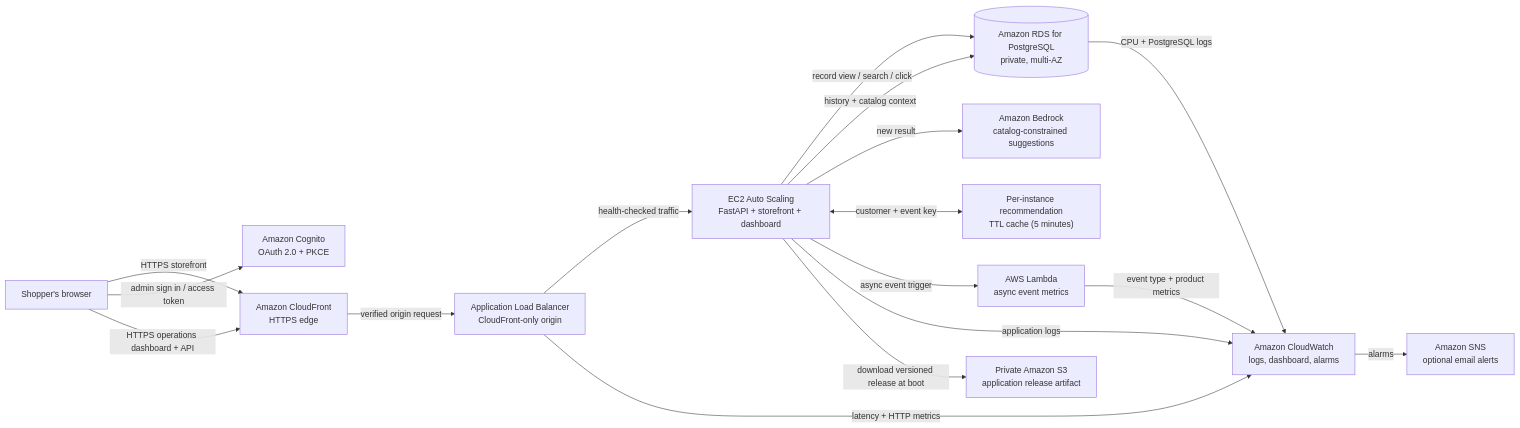
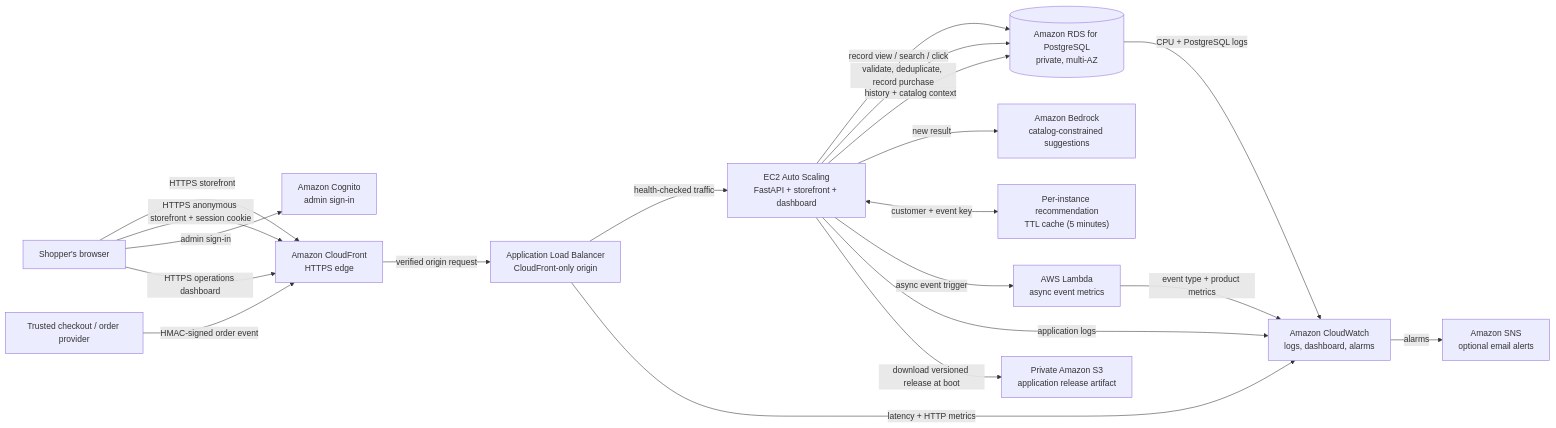
Before and after one commit to Ayush-Singh986/The-Comparision-King: the diagram in README.md, drawn with Mermaid. The commit also changed other lines of this file and 13 other files, not shown here.

Commit message:
Connect storefront APIs and trusted order intake

````diff
--- a/README.md
+++ b/README.md
@@ -27,32 +25,36 @@
 ```mermaid
 flowchart LR
     Shopper["Shopper's browser"]
-    Login["Amazon Cognito\nOAuth 2.0 + PKCE"]
+    Login["Amazon Cognito\nadmin sign-in"]
     Edge["Amazon CloudFront\nHTTPS edge"]
     ALB["Application Load Balancer\nCloudFront-only origin"]
     App["EC2 Auto Scaling\nFastAPI + storefront + dashboard"]
     Cache["Per-instance recommendation\nTTL cache (5 minutes)"]
     DB[("Amazon RDS for PostgreSQL\nprivate, multi-AZ")]
     Bedrock["Amazon Bedrock\ncatalog-constrained suggestions"]
     Lambda["AWS Lambda\nasync event metrics"]
     CW["Amazon CloudWatch\nlogs, dashboard, alarms"]
     SNS["Amazon SNS\noptional email alerts"]
     S3["Private Amazon S3\napplication release artifact"]
+    Orders["Trusted checkout / order provider"]
 
     Shopper -->|"HTTPS storefront"| Edge
-    Shopper -->|"admin sign in / access token"| Login
-    Shopper -->|"HTTPS operations dashboard + API"| Edge
+    Shopper -->|"HTTPS anonymous storefront + session cookie"| Edge
+    Shopper -->|"admin sign-in"| Login
+    Shopper -->|"HTTPS operations dashboard"| Edge
+    Orders -->|"HMAC-signed order event"| Edge
     Edge -->|"verified origin request"| ALB
     ALB -->|"health-checked traffic"| App
     App -->|"record view / search / click"| DB
+    App -->|"validate, deduplicate, record purchase"| DB
     App -->|"history + catalog context"| DB
     App -->|"new result"| Bedrock
     App <-->|"customer + event key"| Cache
     App -->|"async event trigger"| Lambda
     Lambda -->|"event type + product metrics"| CW
     App -->|"application logs"| CW
     ALB -->|"latency + HTTP metrics"| CW
     DB -->|"CPU + PostgreSQL logs"| CW
     CW -->|"alarms"| SNS
     App -->|"download versioned release at boot"| S3
 ```
````
